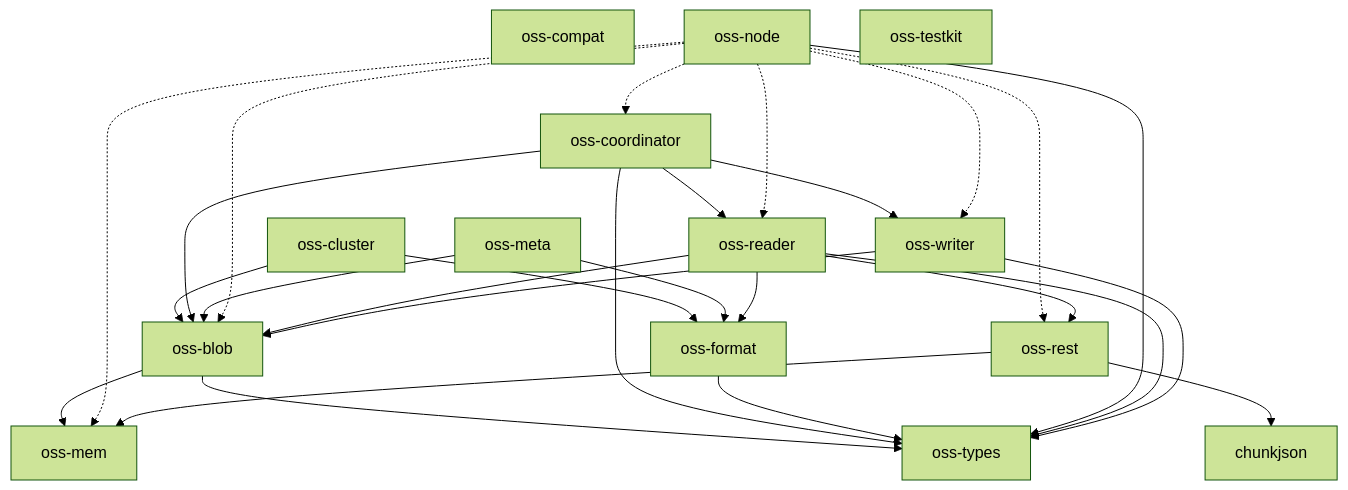
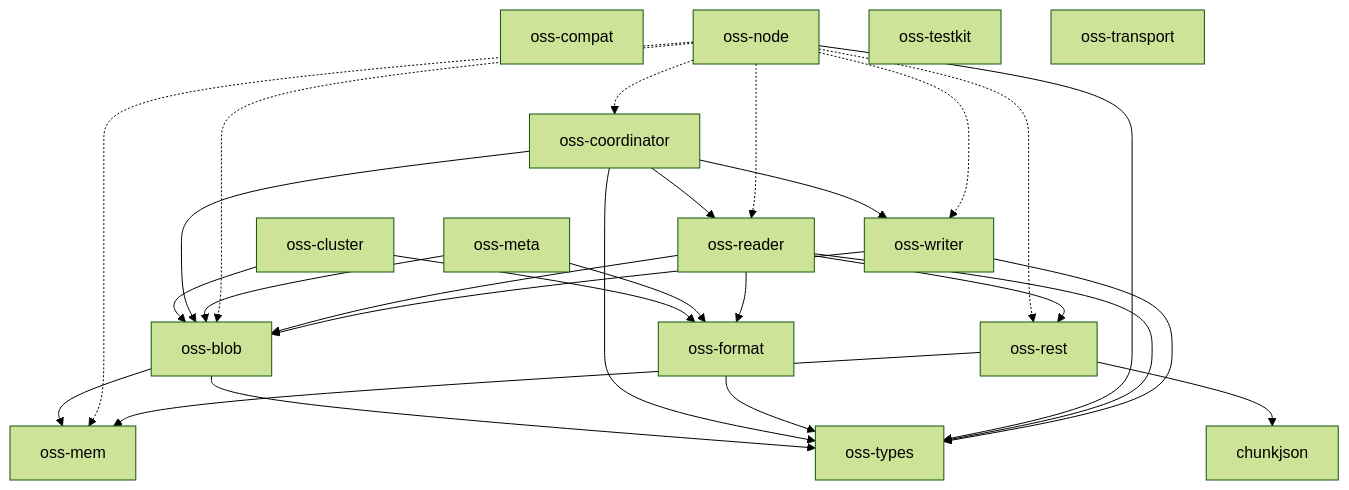
One commit to huyz0/opensearch-serverless changed the diagram in docs/architecture.md. Above: the diagram before and after it, drawn with Mermaid (forest theme). The commit also changed other lines of this file and 34 other files, not shown here.

````diff
--- a/docs/architecture.md
+++ b/docs/architecture.md
@@ -10,34 +10,35 @@
 ```mermaid
 graph TD
     chunkjson
     oss-blob --> oss-mem
     oss-blob --> oss-types
     oss-cluster --> oss-blob
     oss-cluster --> oss-format
     oss-compat
     oss-coordinator --> oss-blob
     oss-coordinator --> oss-reader
     oss-coordinator --> oss-types
     oss-coordinator --> oss-writer
     oss-format --> oss-types
     oss-mem
     oss-meta --> oss-blob
     oss-meta --> oss-format
     oss-node -.-> oss-blob
     oss-node -.-> oss-coordinator
     oss-node -.-> oss-mem
     oss-node -.-> oss-reader
     oss-node -.-> oss-rest
     oss-node --> oss-types
     oss-node -.-> oss-writer
     oss-reader --> oss-blob
     oss-reader --> oss-format
     oss-reader --> oss-rest
     oss-reader --> oss-types
     oss-rest --> chunkjson
     oss-rest --> oss-mem
     oss-testkit
+    oss-transport
     oss-types
     oss-writer --> oss-blob
     oss-writer --> oss-types
 ```
````
